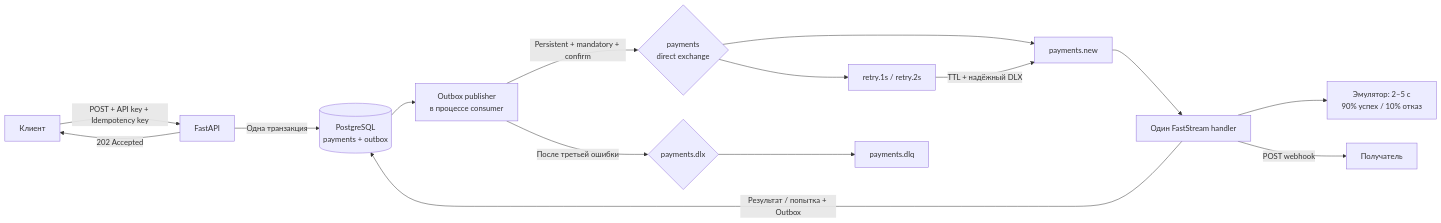
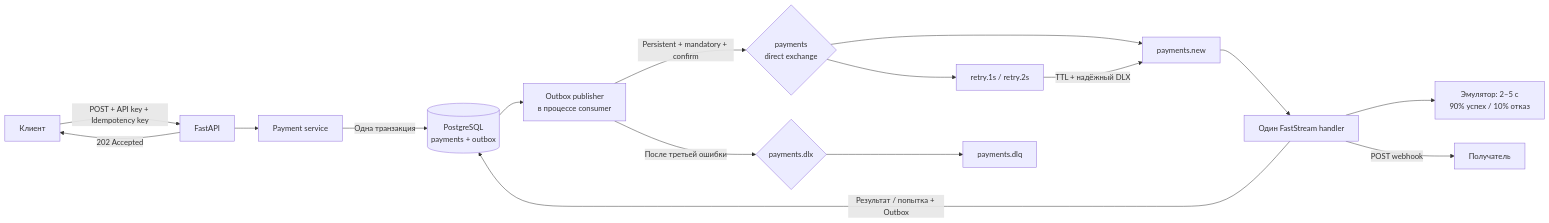
One commit to ashromanov/test-task changed the first of 3 diagrams in README.md. Above: the diagram before and after it, drawn with Mermaid. The commit also changed other lines of this file and 9 other files, not shown here.

````diff
--- a/README.md
+++ b/README.md
@@ -81,17 +101,18 @@
 ```mermaid
 flowchart LR
     Client[Клиент] -->|POST + API key + Idempotency key| API[FastAPI]
-    API -->|Одна транзакция| DB[(PostgreSQL<br/>payments + outbox)]
+    API --> Service[Payment service]
+    Service -->|Одна транзакция| DB[(PostgreSQL<br/>payments + outbox)]
     API -->|202 Accepted| Client
     DB --> Publisher[Outbox publisher<br/>в процессе consumer]
     Publisher -->|Persistent + mandatory + confirm| Exchange{payments<br/>direct exchange}
     Exchange --> New[payments.new]
     New --> Handler[Один FastStream handler]
     Handler --> Gateway[Эмулятор: 2–5 с<br/>90% успех / 10% отказ]
     Handler -->|Результат / попытка + Outbox| DB
     Handler -->|POST webhook| Receiver[Получатель]
     Exchange --> Retry[retry.1s / retry.2s]
     Retry -->|TTL + надёжный DLX| New
     Publisher -->|После третьей ошибки| DLX{payments.dlx}
     DLX --> DLQ[payments.dlq]
 ```
````
